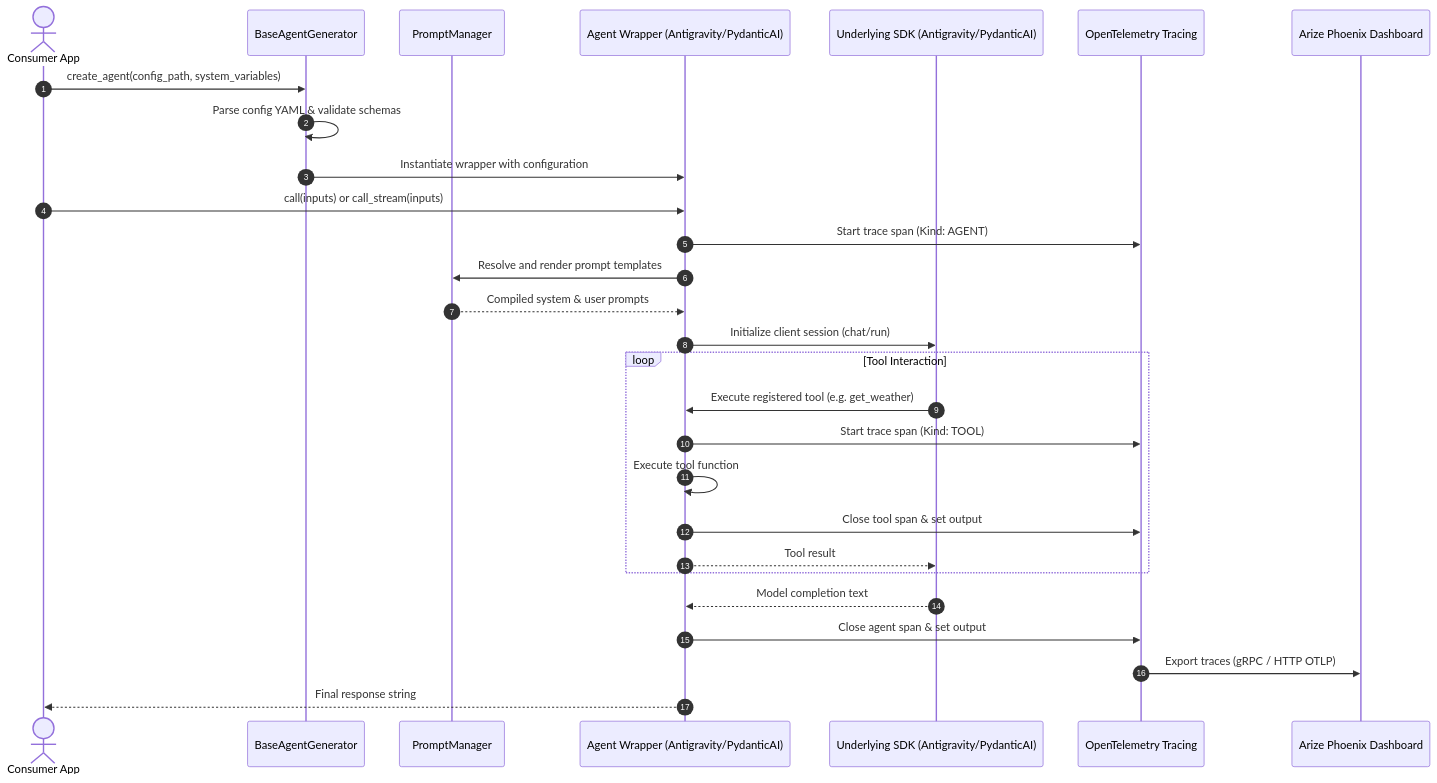
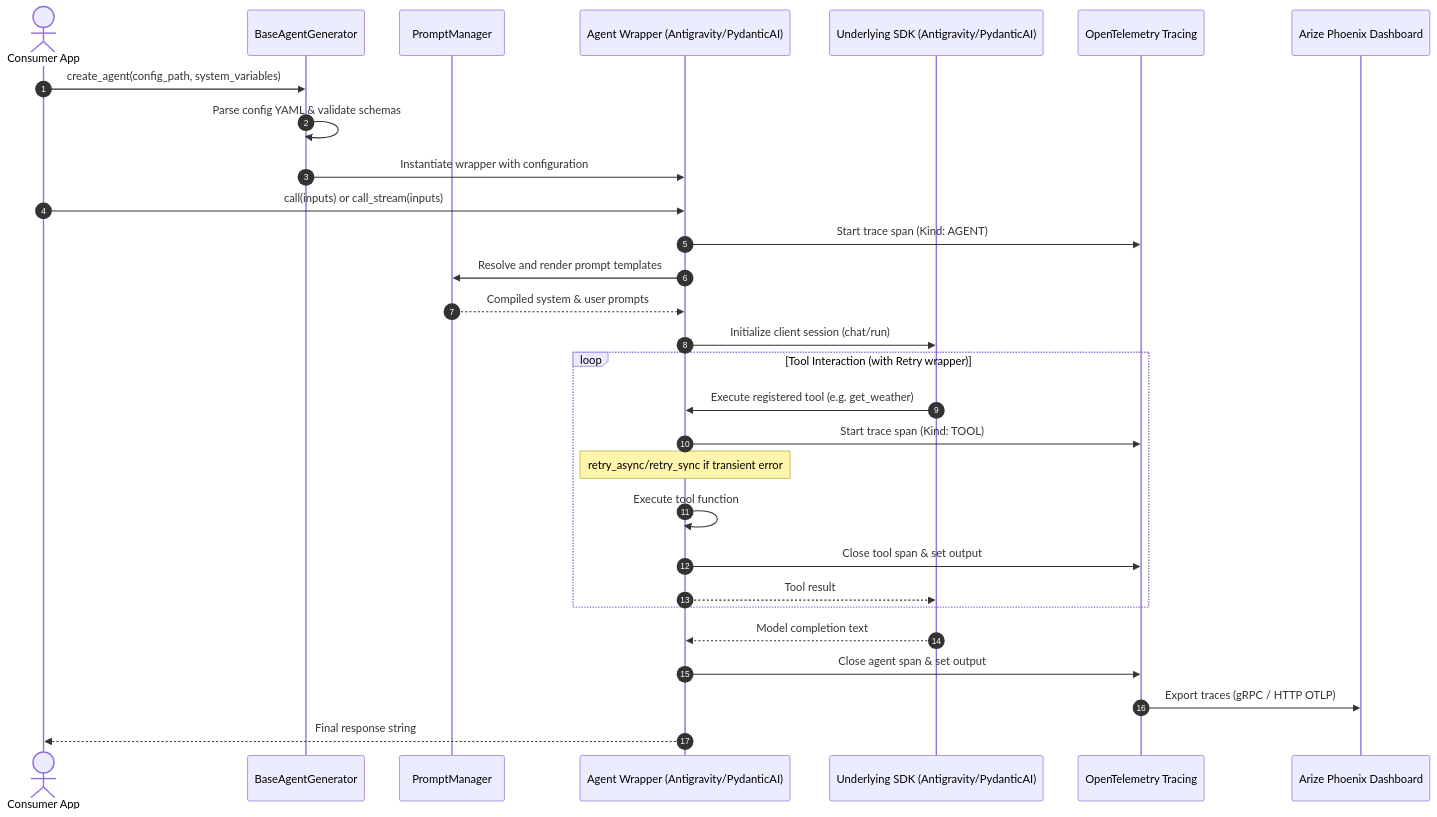
Before and after one commit to fortis3000/agentic_template: the second of 4 diagrams in docs/diagrams.md, drawn with Mermaid. The commit also changed 7 other files, not shown here.

````diff
--- a/docs/diagrams.md
+++ b/docs/diagrams.md
@@ -66,31 +66,32 @@
 ```mermaid
 sequenceDiagram
     autonumber
     actor User as Consumer App
     participant Gen as BaseAgentGenerator
     participant PM as PromptManager
     participant Wrapper as Agent Wrapper (Antigravity/PydanticAI)
     participant SDK as Underlying SDK (Antigravity/PydanticAI)
     participant OTel as OpenTelemetry Tracing
     participant Phoenix as Arize Phoenix Dashboard
 
     User->>Gen: create_agent(config_path, system_variables)
     Gen->>Gen: Parse config YAML & validate schemas
     Gen->>Wrapper: Instantiate wrapper with configuration
     User->>Wrapper: call(inputs) or call_stream(inputs)
     Wrapper->>OTel: Start trace span (Kind: AGENT)
     Wrapper->>PM: Resolve and render prompt templates
     PM-->>Wrapper: Compiled system & user prompts
     Wrapper->>SDK: Initialize client session (chat/run)
-    loop Tool Interaction
+    loop Tool Interaction (with Retry wrapper)
         SDK->>Wrapper: Execute registered tool (e.g. get_weather)
         Wrapper->>OTel: Start trace span (Kind: TOOL)
+        note over Wrapper: retry_async/retry_sync if transient error
         Wrapper->>Wrapper: Execute tool function
         Wrapper->>OTel: Close tool span & set output
         Wrapper-->>SDK: Tool result
     end
     SDK-->>Wrapper: Model completion text
     Wrapper->>OTel: Close agent span & set output
     OTel->>Phoenix: Export traces (gRPC / HTTP OTLP)
     Wrapper-->>User: Final response string
 ```
````
